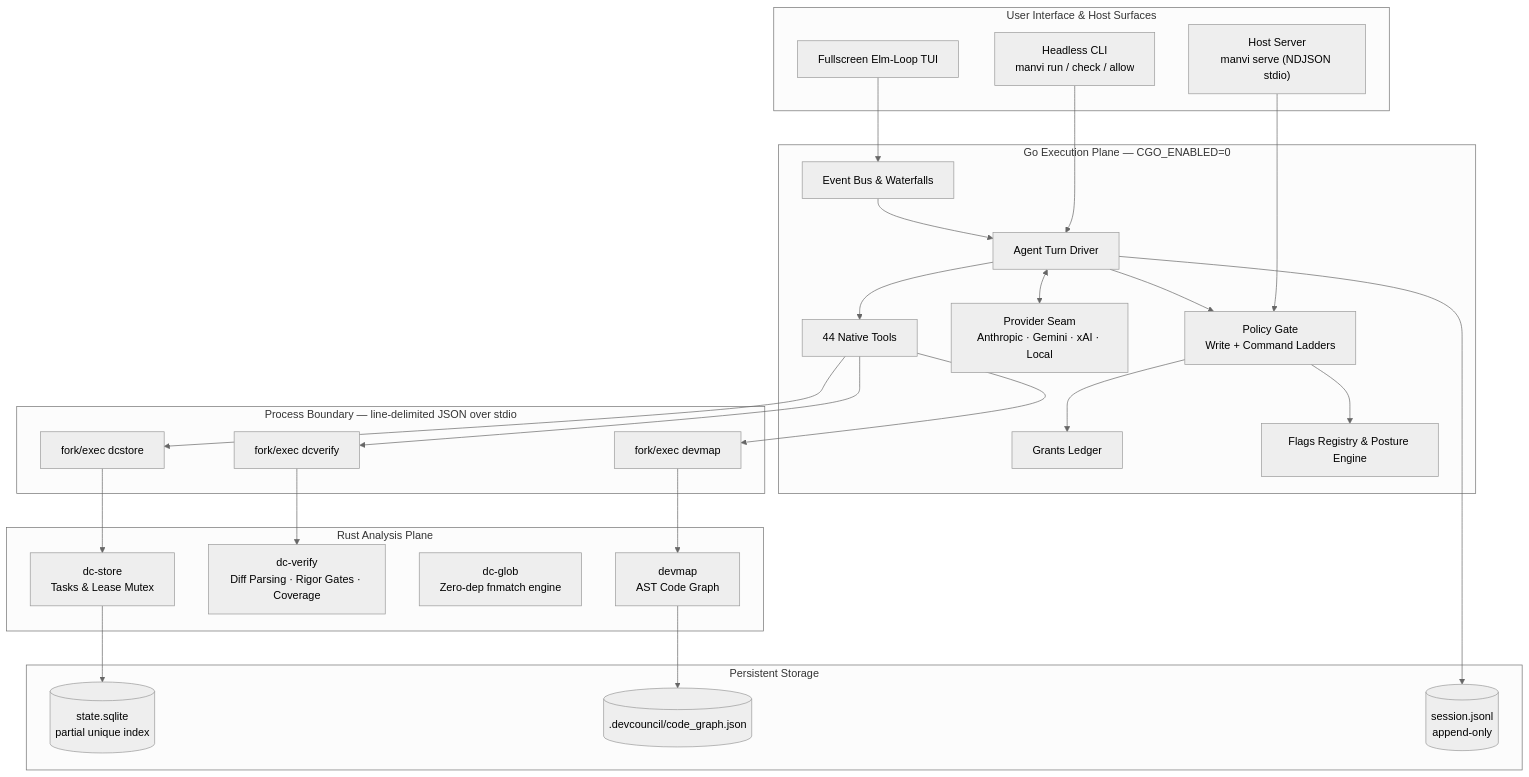
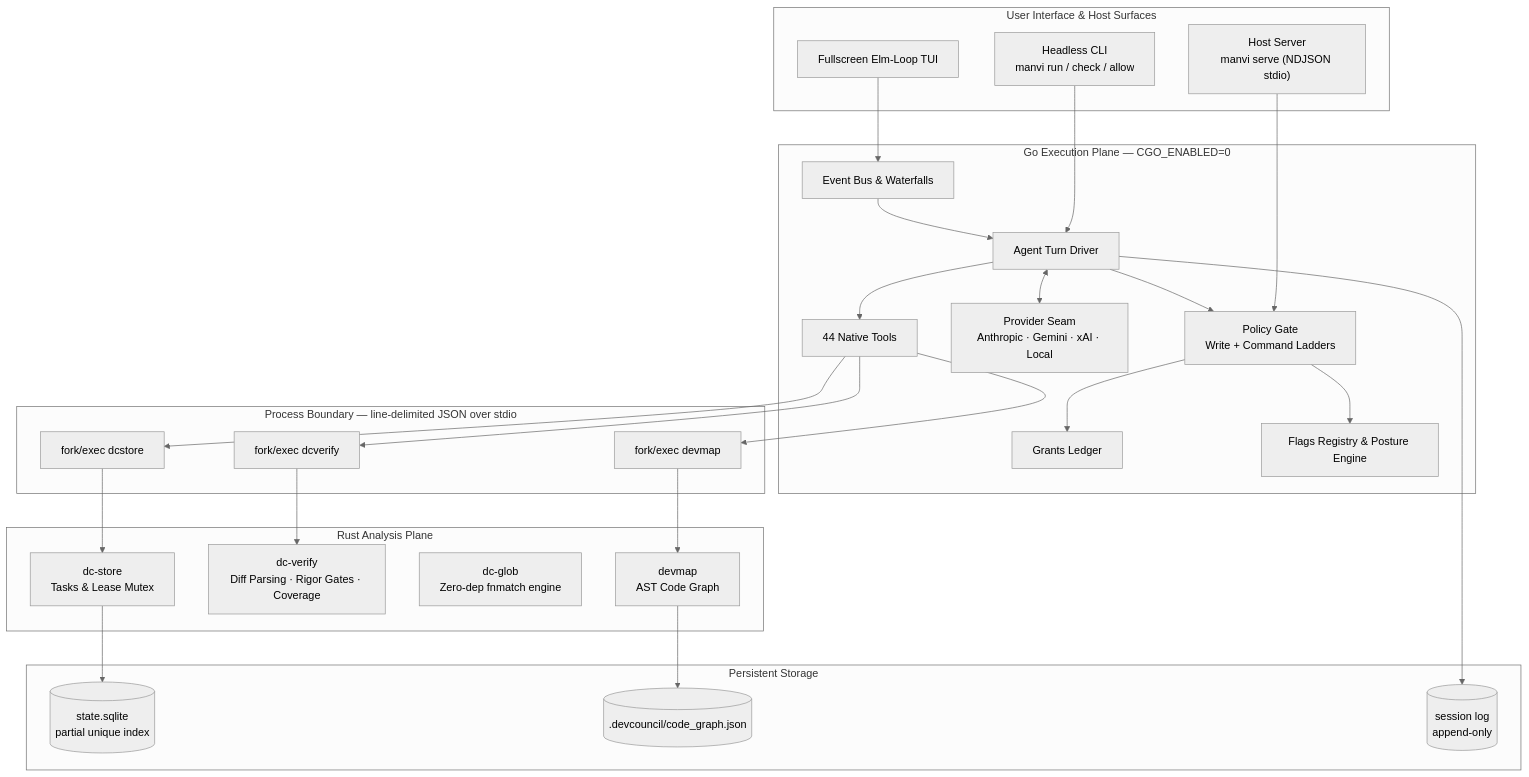
One commit to bharathvbcr/Manvi changed the first of 9 diagrams in README.md. Above: the diagram before and after it, drawn with Mermaid (neutral theme). The commit also changed other lines of this file and 58 other files, not shown here.

````diff
--- a/README.md
+++ b/README.md
@@ -40,54 +40,54 @@
 ```mermaid
 flowchart TB
     subgraph UI["User Interface & Host Surfaces"]
         TUI["Fullscreen Elm-Loop TUI"]
         CLI["Headless CLI<br/>manvi run / check / allow"]
         Serve["Host Server<br/>manvi serve (NDJSON stdio)"]
     end
 
     subgraph GoPlane["Go Execution Plane — CGO_ENABLED=0"]
         Bus["Event Bus & Waterfalls"]
         AgentLoop["Agent Turn Driver"]
         Gate["Policy Gate<br/>Write + Command Ladders"]
         Grants["Grants Ledger"]
         Registry["Flags Registry & Posture Engine"]
         Providers["Provider Seam<br/>Anthropic · Gemini · xAI · Local"]
         Tools["44 Native Tools"]
     end
 
     subgraph Boundary["Process Boundary — line-delimited JSON over stdio"]
         P1["fork/exec dcstore"]
         P2["fork/exec dcverify"]
         P3["fork/exec devmap"]
     end
 
     subgraph RustPlane["Rust Analysis Plane"]
         DCStore["dc-store<br/>Tasks & Lease Mutex"]
         DCVerify["dc-verify<br/>Diff Parsing · Rigor Gates · Coverage"]
         DCGlob["dc-glob<br/>Zero-dep fnmatch engine"]
         DevMap["devmap<br/>AST Code Graph"]
     end
 
     subgraph Storage["Persistent Storage"]
         SQLite[("state.sqlite<br/>partial unique index")]
         CodeGraph[(".devcouncil/code_graph.json")]
-        SessionLog[("session.jsonl<br/>append-only")]
+        SessionLog[("session log<br/>append-only")]
     end
 
     TUI --> Bus
     CLI --> AgentLoop
     Serve --> Gate
     Bus --> AgentLoop
     AgentLoop --> Gate
     Gate --> Grants
     Gate --> Registry
     AgentLoop <--> Providers
     AgentLoop --> Tools
     AgentLoop --> SessionLog
     Tools --> P1 & P2 & P3
     P1 --> DCStore
     P2 --> DCVerify
     P3 --> DevMap
     DCStore --> SQLite
     DevMap --> CodeGraph
 ```
````
